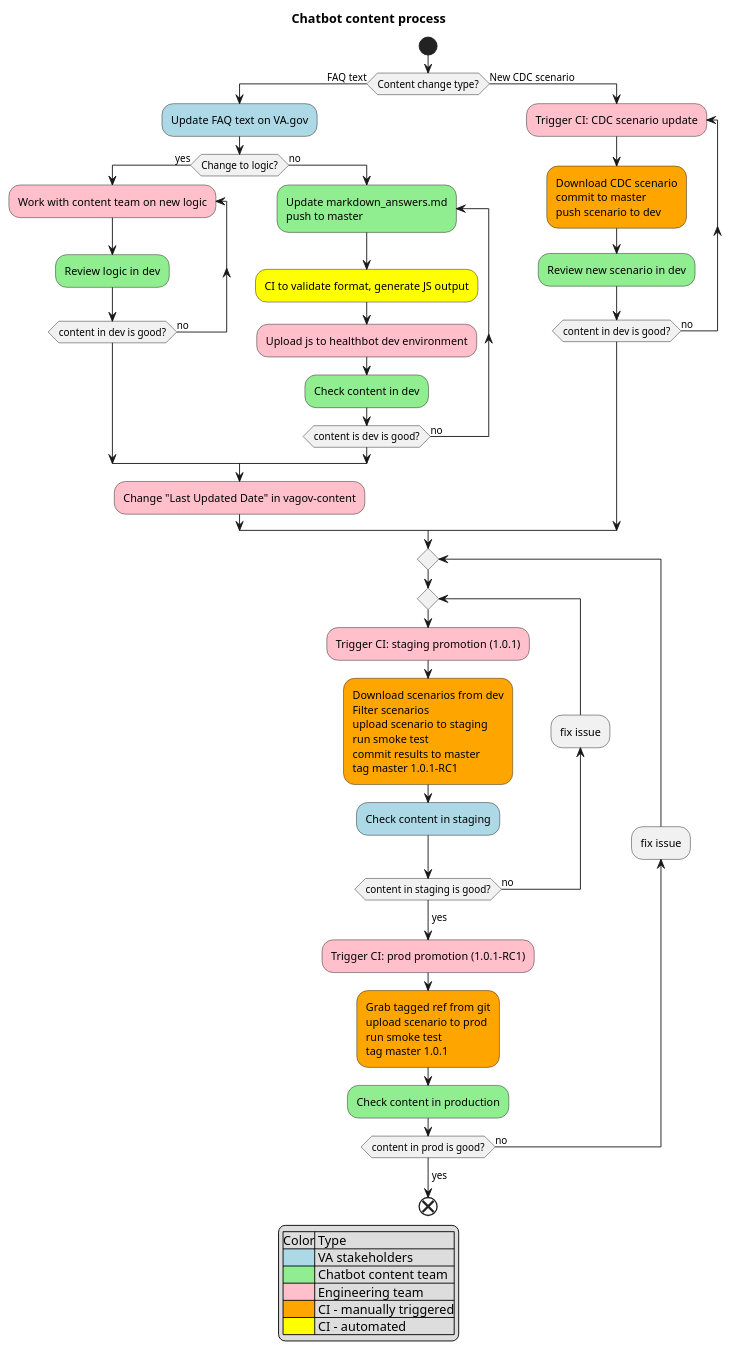
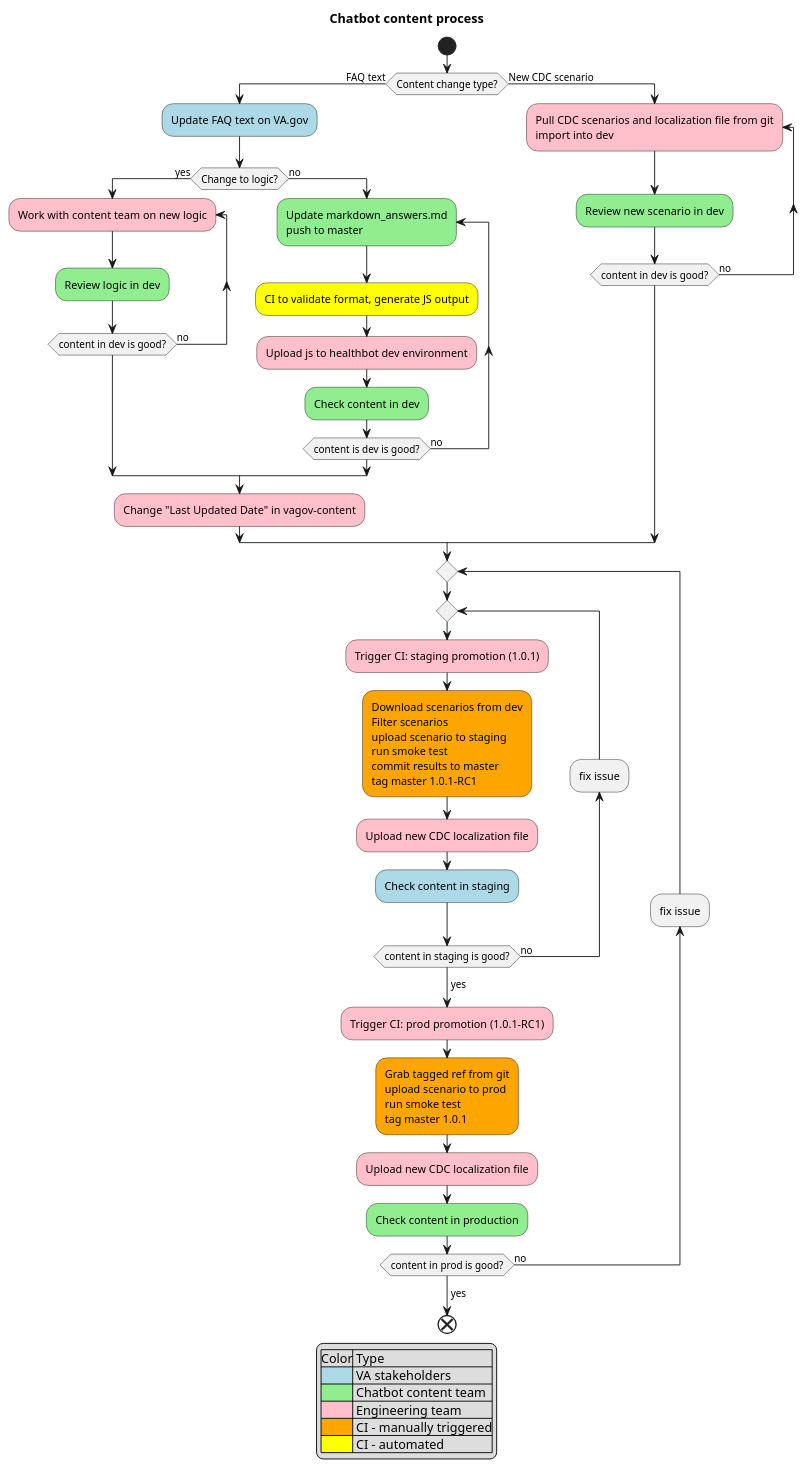
The diagram in content-process.puml (department-of-veterans-affairs/va.gov-team), drawn with PlantUML before and after one commit. The commit also changed 1 other file, not shown here.

Commit message:
[#187] Updates content process diagram with new CDC update process

```diff
--- a/content-process.puml
+++ b/content-process.puml
@@ -1,69 +1,68 @@
 @startuml
 
 title Chatbot content process
 skinparam ConditionEndStyle hline
 
 start
 
 if (Content change type?) then (FAQ text)
   #lightblue:Update FAQ text on VA.gov;
   if (Change to logic?) then (yes)
     #pink:repeat :Work with content team on new logic;
       'Update dev scenario;
       #lightgreen:Review logic in dev;
     repeat while (content in dev is good?) is (no)
   else (no)
       #lightgreen:repeat :Update markdown_answers.md\npush to master;
         #yellow:CI to validate format, generate JS output;
         #pink:Upload js to healthbot dev environment;
         #lightgreen:Check content in dev;
       repeat while (content is dev is good?) is (no)
       ->yes;
   endif
   #pink:Change "Last Updated Date" in vagov-content;
 else (New CDC scenario)
-  #pink:repeat :Trigger CI: CDC scenario update;
-  #orange:Download CDC scenario
-  commit to master
-  push scenario to dev;
+  #pink:repeat :Pull CDC scenarios and localization file from git\nimport into dev;
   #lightgreen:Review new scenario in dev;
   repeat while (content in dev is good?) is (no)
 endif
 
 repeat
 
   repeat
     #pink:Trigger CI: staging promotion (1.0.1);
     #orange:Download scenarios from dev
     Filter scenarios
     upload scenario to staging
     run smoke test
     commit results to master
     tag master 1.0.1-RC1;
+    #pink:Upload new CDC localization file;
     #lightblue:Check content in staging;
     backward:fix issue;
   repeat while (content in staging is good?) is (no)
   ->yes;
 
   #pink:Trigger CI: prod promotion (1.0.1-RC1);
   #orange:Grab tagged ref from git
   upload scenario to prod
   run smoke test
   tag master 1.0.1;
+  #pink:Upload new CDC localization file;
   #lightgreen:Check content in production;
   backward:fix issue;
 repeat while (content in prod is good?) is (no)
 ->yes;
 
 end
 
 legend center
     |Color| Type |
     |<#lightblue> | VA stakeholders |
     |<#lightgreen>| Chatbot content team|
     |<#pink>| Engineering team|
     |<#orange>| CI - manually triggered|
     |<#yellow>| CI - automated|
 endlegend
 
 @enduml
```
